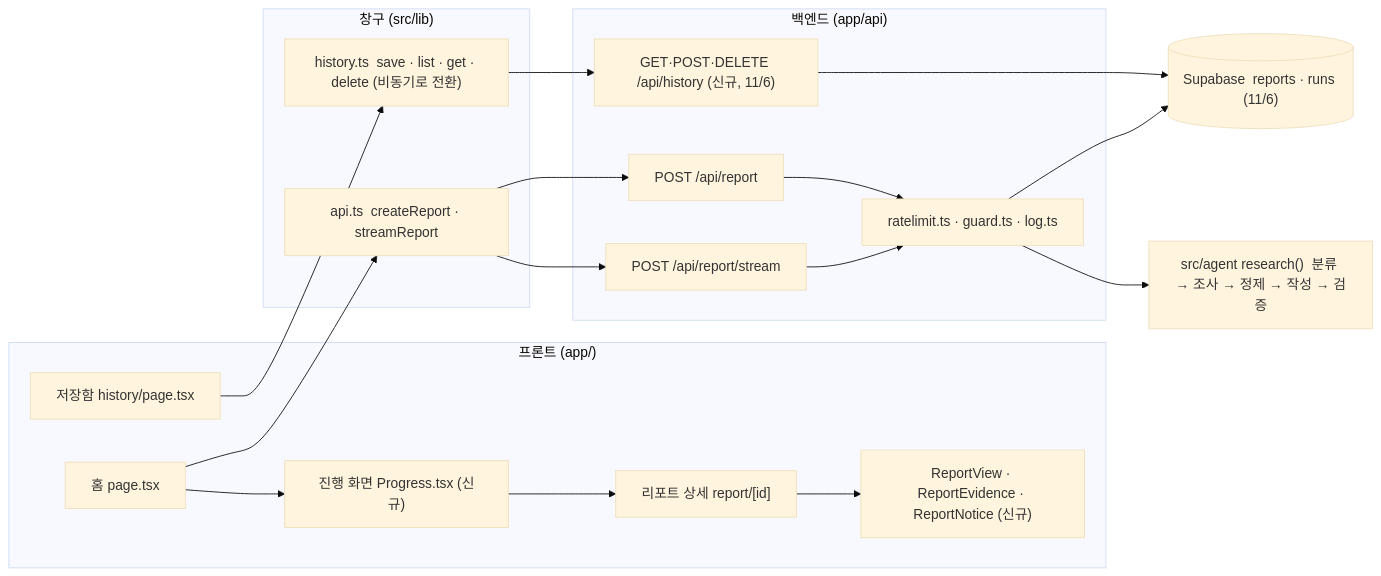
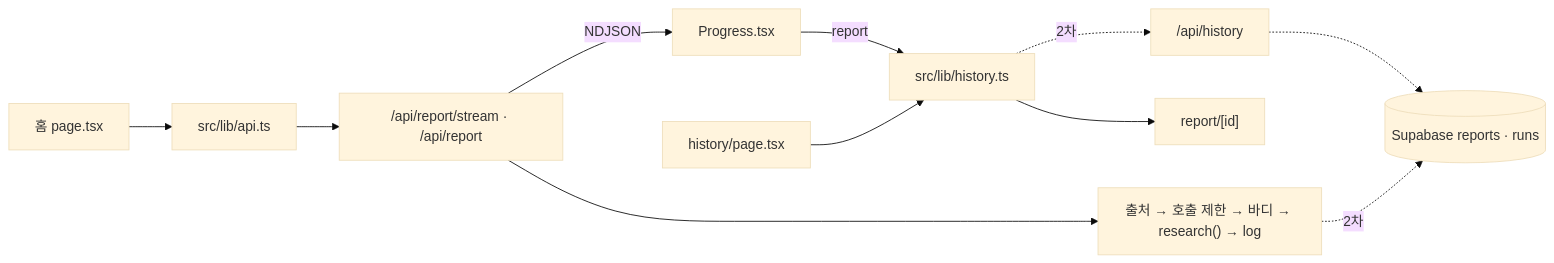
The diagram in docs/web-spec.md (muffin-lab-it/muffin), drawn with Mermaid (base theme) before and after one commit. The commit also changed other lines of this file and 2 other files, not shown here.

Commit message:
docs: 명세서를 AI 에게 바로 줄 수 있는 축약판으로: 날짜 대신 단계, 확정한 담당 · 계약 반영, AGENTS.md 백엔드 범위 확장

````diff
--- a/docs/web-spec.md
+++ b/docs/web-spec.md
@@ -14,24 +25,9 @@
 ```mermaid
 flowchart LR
-  subgraph FE["프론트 (app/)"]
-    Home["홈 page.tsx"] --> Prog["진행 화면 Progress.tsx (신규)"]
-    Prog --> Detail["리포트 상세 report/[id]"]
-    Detail --> View["ReportView · ReportEvidence · ReportNotice (신규)"]
-    Hist["저장함 history/page.tsx"]
-  end
-  subgraph LIB["창구 (src/lib)"]
-    API["api.ts  createReport · streamReport"]
-    HIS["history.ts  save · list · get · delete (비동기로 전환)"]
-  end
-  subgraph BE["백엔드 (app/api)"]
-    R1["POST /api/report"]
-    R2["POST /api/report/stream"]
-    H["GET·POST·DELETE /api/history (신규, 11/6)"]
-    G["ratelimit.ts · guard.ts · log.ts"]
-  end
-  Agent["src/agent research()  분류 → 조사 → 정제 → 작성 → 검증"]
-  DB[("Supabase  reports · runs (11/6)")]
-  Home --> API --> R1 & R2 --> G --> Agent
-  Hist --> HIS --> H --> DB
-  G --> DB
+  Home["홈 page.tsx"] --> API["src/lib/api.ts"] --> R["/api/report/stream · /api/report"]
+  R --> G["출처 → 호출 제한 → 바디 → research() → log"]
+  R -- NDJSON --> Prog["Progress.tsx"] -- report --> HIS["src/lib/history.ts"] --> Detail["report/[id]"]
+  Hist["history/page.tsx"] --> HIS
+  HIS -. 2차 .-> HAPI["/api/history"] -.-> DB[("Supabase reports · runs")]
+  G -. 2차 .-> DB
 ```
````
